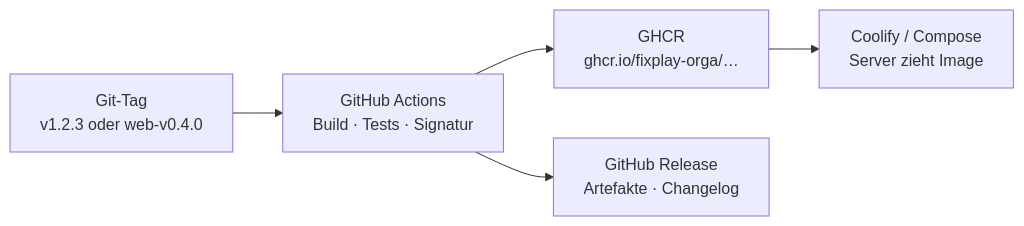
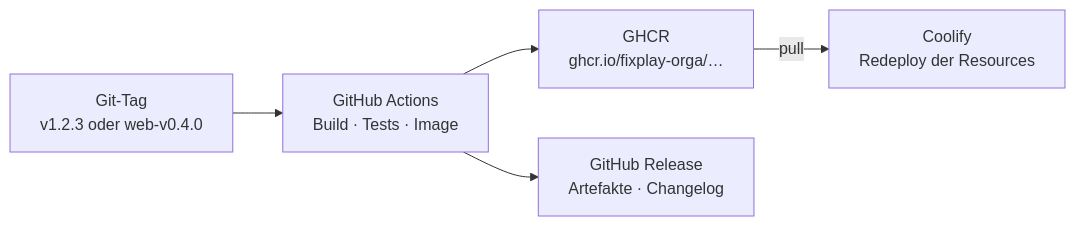
Before and after one commit to fixplay-orga/.github: the second of 2 diagrams in profile/README.md, drawn with Mermaid. The commit also changed other lines of this file and 1 other file, not shown here.

First line of the commit message:
docs: Deployment über Coolify und GHCR-Images abbilden

````diff
--- a/profile/README.md
+++ b/profile/README.md
@@ -142,7 +144,7 @@
 ```mermaid
 flowchart LR
-  TAG["Git-Tag<br/>v1.2.3 oder web-v0.4.0"] --> CI["GitHub Actions<br/>Build · Tests · Signatur"]
+  TAG["Git-Tag<br/>v1.2.3 oder web-v0.4.0"] --> CI["GitHub Actions<br/>Build · Tests · Image"]
   CI --> GHCR["GHCR<br/>ghcr.io/fixplay-orga/…"]
   CI --> REL["GitHub Release<br/>Artefakte · Changelog"]
-  GHCR --> DEPLOY["Coolify / Compose<br/>Server zieht Image"]
+  GHCR -->|pull| DEPLOY["Coolify<br/>Redeploy der Resources"]
 ```
````
